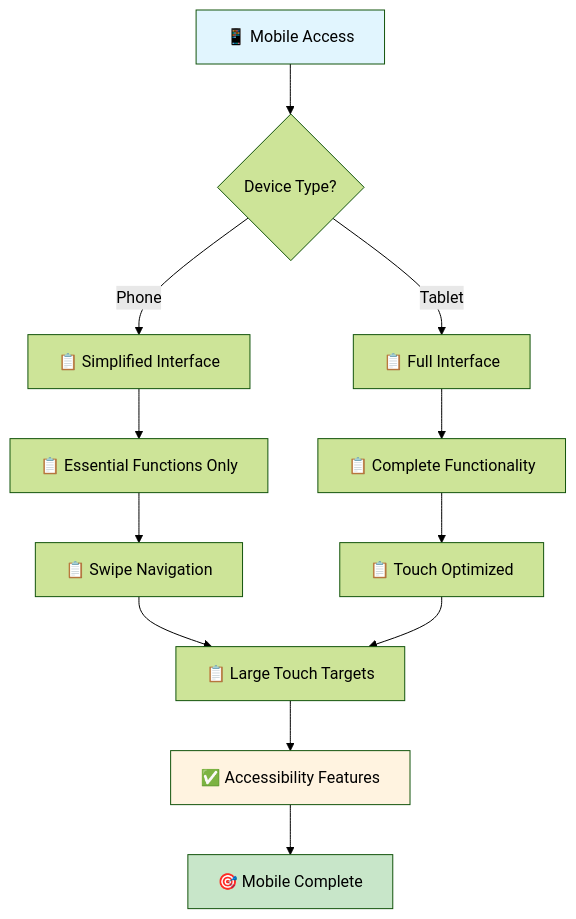
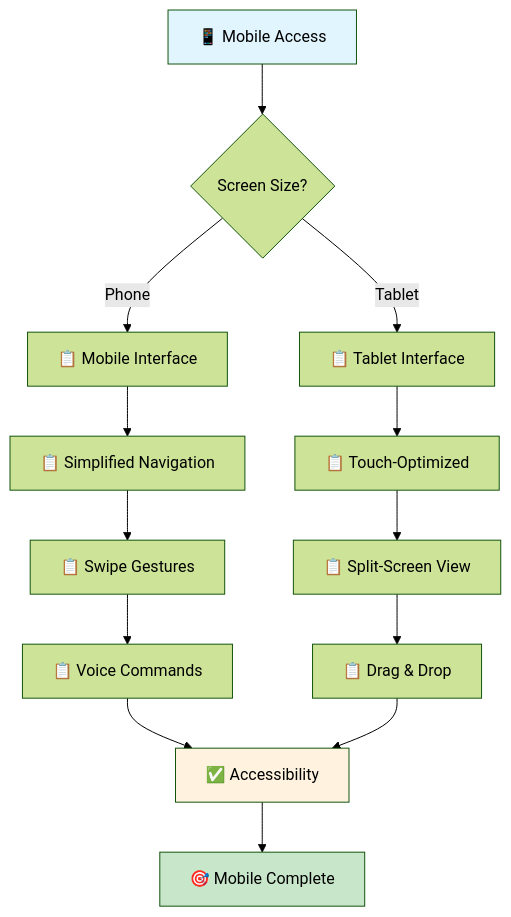
One commit to Duraman3444/PreExamChartingAgent changed diagram 15 of 16 in docs/wireflow-diagrams.md. Above: the diagram before and after it, drawn with Mermaid (forest theme). The commit also changed other lines of this file and 5 other files, not shown here.

````diff
--- a/docs/wireflow-diagrams.md
+++ b/docs/wireflow-diagrams.md
@@ -332,18 +481,19 @@
 ```mermaid
 flowchart TD
-    A[📱 Mobile Access] --> B{Device Type?}
-    B -->|Phone| C[📋 Simplified Interface]
-    B -->|Tablet| D[📋 Full Interface]
-    C --> E[📋 Essential Functions Only]
-    D --> F[📋 Complete Functionality]
-    E --> G[📋 Swipe Navigation]
-    F --> H[📋 Touch Optimized]
-    G --> I[📋 Large Touch Targets]
-    H --> I
-    I --> J[✅ Accessibility Features]
-    J --> K[🎯 Mobile Complete]
+    A[📱 Mobile Access] --> B{Screen Size?}
+    B -->|Phone| C[📋 Mobile Interface]
+    B -->|Tablet| D[📋 Tablet Interface]
+    C --> E[📋 Simplified Navigation]
+    D --> F[📋 Touch-Optimized]
+    E --> G[📋 Swipe Gestures]
+    F --> H[📋 Split-Screen View]
+    G --> I[📋 Voice Commands]
+    H --> J[📋 Drag & Drop]
+    I --> K[✅ Accessibility]
+    J --> K
+    K --> L[🎯 Mobile Complete]
     
     style A fill:#e1f5fe
-    style K fill:#c8e6c9
-    style J fill:#fff3e0
+    style L fill:#c8e6c9
+    style K fill:#fff3e0
 ```
````
